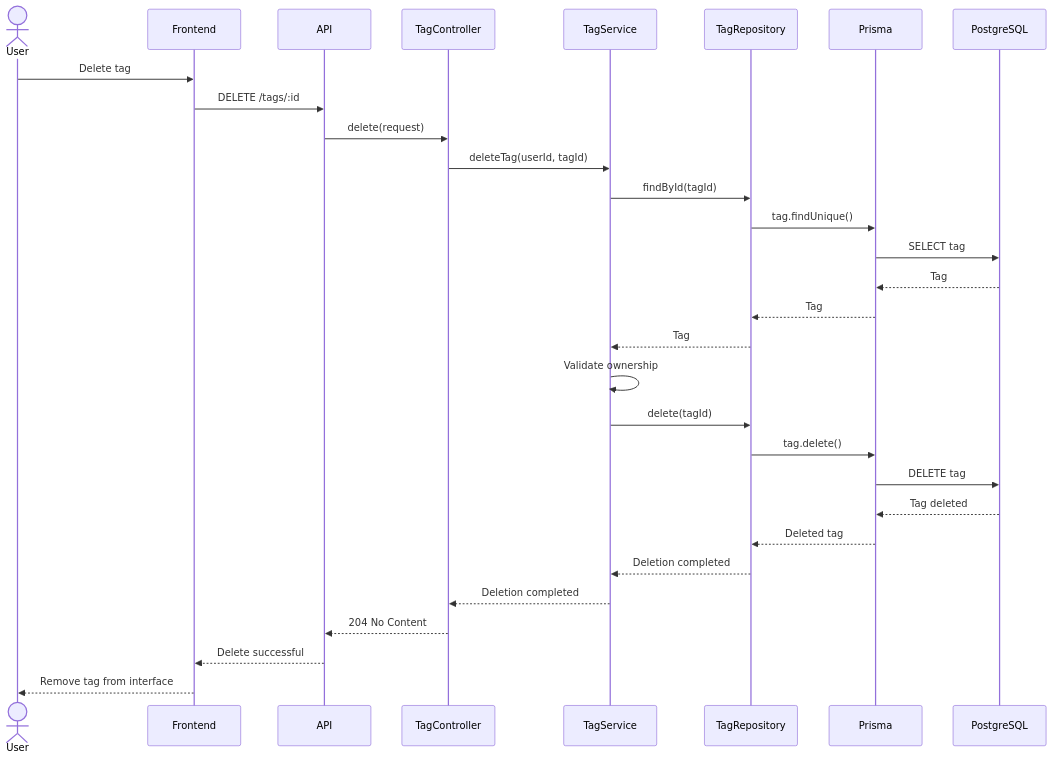
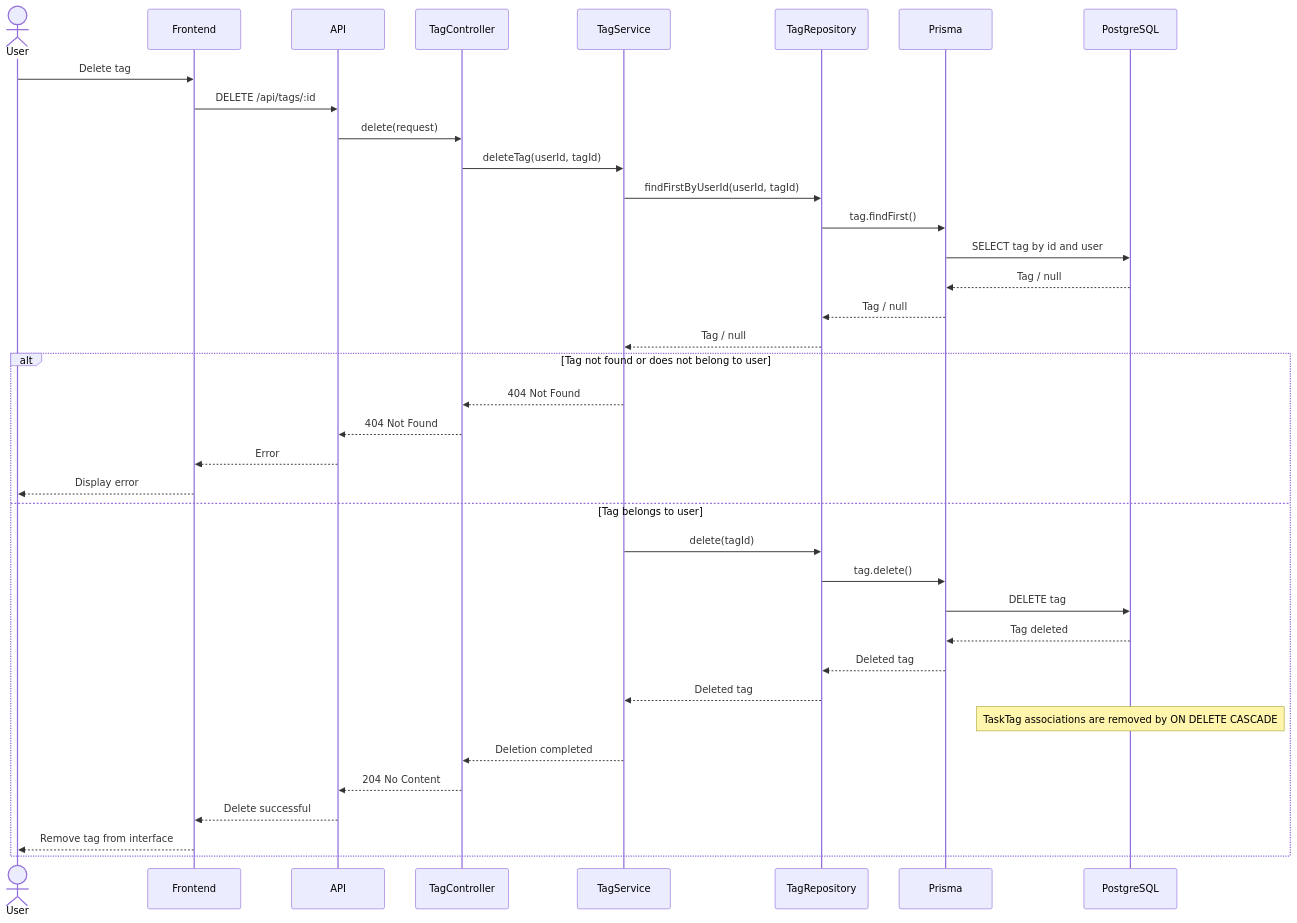
The diagram in docs/diagrams/sequence-diagrams/tag/delete.md (davihenriquedev1/prodixus), drawn with Mermaid before and after one commit. The commit also changed other lines of this file and 3 other files, not shown here.

Commit message:
docs(tag): update tag sequence diagrams

````diff
--- a/docs/diagrams/sequence-diagrams/tag/delete.md
+++ b/docs/diagrams/sequence-diagrams/tag/delete.md
@@ -3,61 +3,49 @@
 ```mermaid
 sequenceDiagram
 
     actor User
-
     participant Frontend
-
     participant API
-
     participant TagController
-
     participant TagService
-
     participant TagRepository
-
     participant Prisma
-
     participant PostgreSQL
 
     User->>Frontend: Delete tag
 
-    Frontend->>API: DELETE /tags/:id
-
+    Frontend->>API: DELETE /api/tags/:id
     API->>TagController: delete(request)
 
     TagController->>TagService: deleteTag(userId, tagId)
 
-    TagService->>TagRepository: findById(tagId)
+    TagService->>TagRepository: findFirstByUserId(userId, tagId)
+    TagRepository->>Prisma: tag.findFirst()
+    Prisma->>PostgreSQL: SELECT tag by id and user
+    PostgreSQL-->>Prisma: Tag / null
+    Prisma-->>TagRepository: Tag / null
+    TagRepository-->>TagService: Tag / null
 
-    TagRepository->>Prisma: tag.findUnique()
+    alt Tag not found or does not belong to user
+        TagService-->>TagController: 404 Not Found
+        TagController-->>API: 404 Not Found
+        API-->>Frontend: Error
+        Frontend-->>User: Display error
+    else Tag belongs to user
 
-    Prisma->>PostgreSQL: SELECT tag
+        TagService->>TagRepository: delete(tagId)
+        TagRepository->>Prisma: tag.delete()
+        Prisma->>PostgreSQL: DELETE tag
 
-    PostgreSQL-->>Prisma: Tag
+        PostgreSQL-->>Prisma: Tag deleted
+        Prisma-->>TagRepository: Deleted tag
+        TagRepository-->>TagService: Deleted tag
 
-    Prisma-->>TagRepository: Tag
+        Note over PostgreSQL: TaskTag associations are removed by ON DELETE CASCADE
 
-    TagRepository-->>TagService: Tag
-
-    TagService->>TagService: Validate ownership
-
-    TagService->>TagRepository: delete(tagId)
-
-    TagRepository->>Prisma: tag.delete()
-
-    Prisma->>PostgreSQL: DELETE tag
-
-    PostgreSQL-->>Prisma: Tag deleted
-
-    Prisma-->>TagRepository: Deleted tag
-
-    TagRepository-->>TagService: Deletion completed
-
-    TagService-->>TagController: Deletion completed
-
-    TagController-->>API: 204 No Content
-
-    API-->>Frontend: Delete successful
-
-    Frontend-->>User: Remove tag from interface
+        TagService-->>TagController: Deletion completed
+        TagController-->>API: 204 No Content
+        API-->>Frontend: Delete successful
+        Frontend-->>User: Remove tag from interface
+    end
 ```
````
